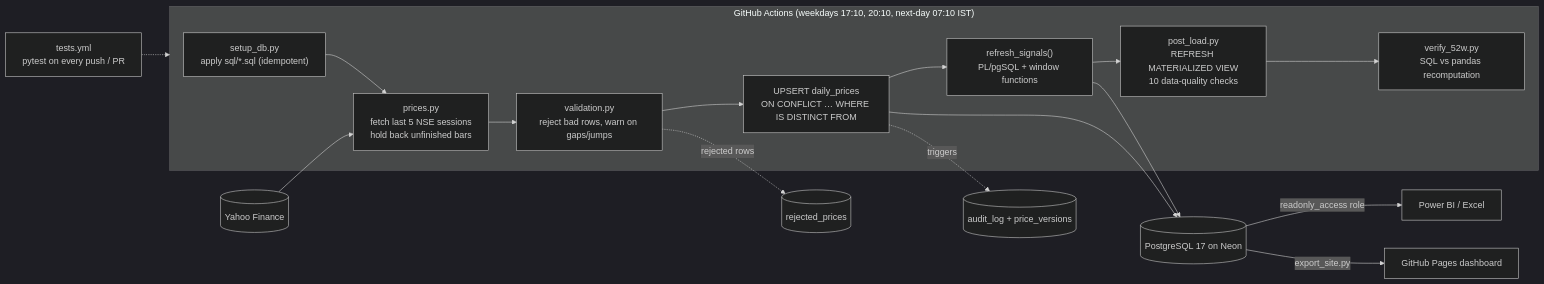
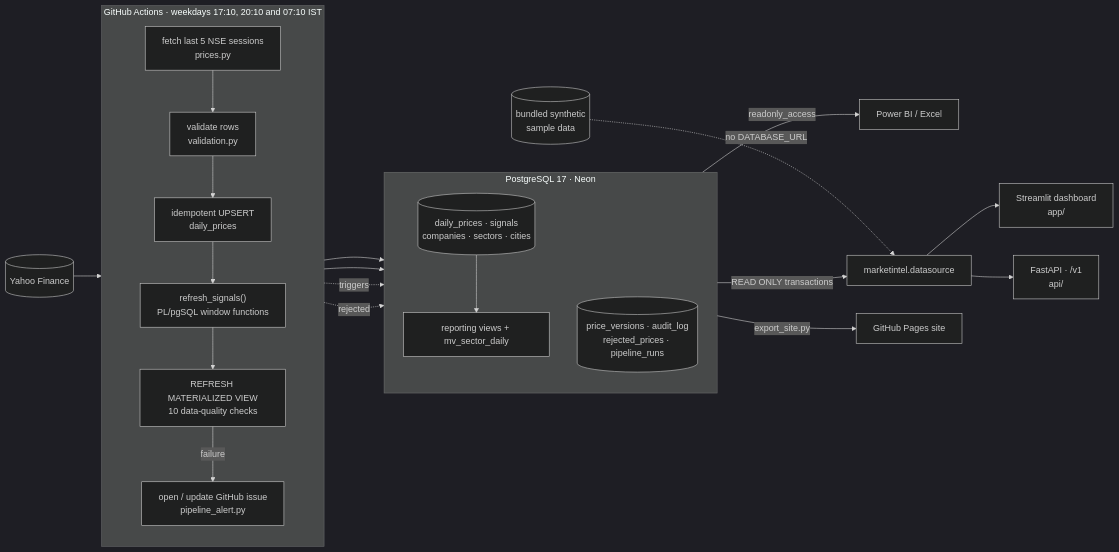
Before and after one commit to Bhavex/market-intelligence-pg: the first of 2 diagrams in README.md, drawn with Mermaid (dark theme). The commit also changed other lines of this file and 6 other files, not shown here.

First line of the commit message:
Update the README with highlights, architecture and results

````diff
--- a/README.md
+++ b/README.md
@@ -32,19 +46,33 @@
 ```mermaid
 flowchart LR
-    subgraph GH["GitHub Actions (weekdays 17:10, 20:10, next-day 07:10 IST)"]
-        S0["setup_db.py<br/>apply sql/*.sql (idempotent)"] --> F["prices.py<br/>fetch last 5 NSE sessions<br/>hold back unfinished bars"]
-        F --> V["validation.py<br/>reject bad rows, warn on gaps/jumps"]
-        V --> U["UPSERT daily_prices<br/>ON CONFLICT … WHERE IS DISTINCT FROM"]
-        U --> R["refresh_signals()<br/>PL/pgSQL + window functions"]
-        R --> Q["post_load.py<br/>REFRESH MATERIALIZED VIEW<br/>10 data-quality checks"]
-        Q --> C["verify_52w.py<br/>SQL vs pandas recomputation"]
+    Y[(Yahoo Finance)] --> F
+
+    subgraph ACT["GitHub Actions · weekdays 17:10, 20:10 and 07:10 IST"]
+        direction TB
+        F["fetch last 5 NSE sessions<br/>prices.py"] --> V["validate rows<br/>validation.py"]
+        V --> U["idempotent UPSERT<br/>daily_prices"]
+        U --> R["refresh_signals()<br/>PL/pgSQL window functions"]
+        R --> Q["REFRESH MATERIALIZED VIEW<br/>10 data-quality checks"]
+        Q -->|failure| AL["open / update GitHub issue<br/>pipeline_alert.py"]
     end
-    Y[(Yahoo Finance)] --> F
-    V -. rejected rows .-> RJ[(rejected_prices)]
-    U --> DB[(PostgreSQL 17 on Neon)]
-    R --> DB
-    U -. triggers .-> AU[(audit_log + price_versions)]
-    DB -->|readonly_access role| PBI[Power BI / Excel]
-    DB -->|export_site.py| WEB[GitHub Pages dashboard]
-    T["tests.yml<br/>pytest on every push / PR"] -.-> GH
+
+    subgraph PG["PostgreSQL 17 · Neon"]
+        direction TB
+        T1[("daily_prices · signals<br/>companies · sectors · cities")]
+        T2[("price_versions · audit_log<br/>rejected_prices · pipeline_runs")]
+        VW["reporting views + mv_sector_daily"]
+        T1 --> VW
+    end
+
+    U --> T1
+    R --> T1
+    U -. triggers .-> T2
+    V -. rejected .-> T2
+
+    VW -->|readonly_access| PBI["Power BI / Excel"]
+    VW -->|READ ONLY transactions| DS["marketintel.datasource"]
+    DS --> ST["Streamlit dashboard<br/>app/"]
+    DS --> API["FastAPI · /v1<br/>api/"]
+    DEMO[("bundled synthetic<br/>sample data")] -. no DATABASE_URL .-> DS
+    VW -->|export_site.py| WEB["GitHub Pages site"]
 ```
````
